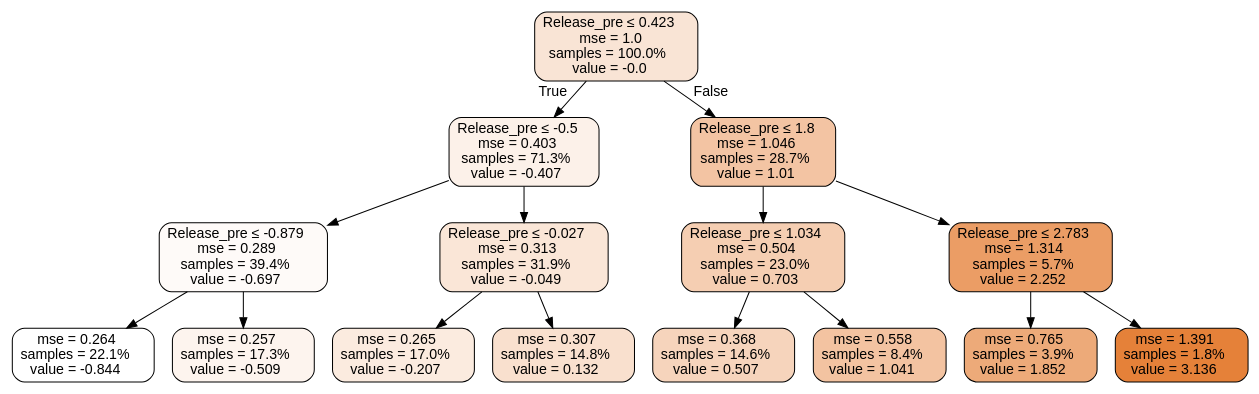
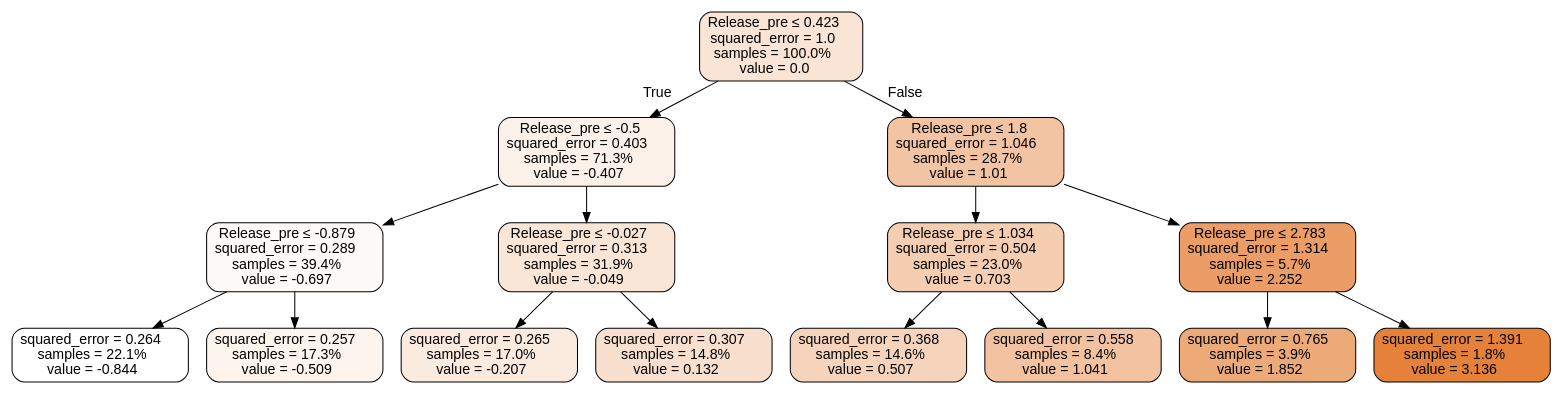
Before and after one commit to lcford2/predict-release: the diagram in results/synthesis/treed_model/upstream_basic_td3_roll7_simple_tree/tree.dot, drawn with Graphviz. The commit also changed 15 other files, not shown here.

```diff
--- a/results/synthesis/treed_model/upstream_basic_td3_roll7_simple_tree/tree.dot
+++ b/results/synthesis/treed_model/upstream_basic_td3_roll7_simple_tree/tree.dot
@@ -1,33 +1,33 @@
 digraph Tree {
-node [shape=box, style="filled, rounded", color="black", fontname=helvetica] ;
-edge [fontname=helvetica] ;
-0 [label=<Release_pre &le; 0.423<br/>mse = 1.0<br/>samples = 100.0%<br/>value = -0.0>, fillcolor="#f9e4d5"] ;
-1 [label=<Release_pre &le; -0.5<br/>mse = 0.403<br/>samples = 71.3%<br/>value = -0.407>, fillcolor="#fcf1e9"] ;
+node [shape=box, style="filled, rounded", color="black", fontname="helvetica"] ;
+edge [fontname="helvetica"] ;
+0 [label=<Release_pre &le; 0.423<br/>squared_error = 1.0<br/>samples = 100.0%<br/>value = 0.0>, fillcolor="#f9e4d5"] ;
+1 [label=<Release_pre &le; -0.5<br/>squared_error = 0.403<br/>samples = 71.3%<br/>value = -0.407>, fillcolor="#fcf1e9"] ;
 0 -> 1 [labeldistance=2.5, labelangle=45, headlabel="True"] ;
-2 [label=<Release_pre &le; -0.879<br/>mse = 0.289<br/>samples = 39.4%<br/>value = -0.697>, fillcolor="#fefaf8"] ;
+2 [label=<Release_pre &le; -0.879<br/>squared_error = 0.289<br/>samples = 39.4%<br/>value = -0.697>, fillcolor="#fefaf8"] ;
 1 -> 2 ;
-3 [label=<mse = 0.264<br/>samples = 22.1%<br/>value = -0.844>, fillcolor="#ffffff"] ;
+3 [label=<squared_error = 0.264<br/>samples = 22.1%<br/>value = -0.844>, fillcolor="#ffffff"] ;
 2 -> 3 ;
-4 [label=<mse = 0.257<br/>samples = 17.3%<br/>value = -0.509>, fillcolor="#fdf4ee"] ;
+4 [label=<squared_error = 0.257<br/>samples = 17.3%<br/>value = -0.509>, fillcolor="#fdf4ee"] ;
 2 -> 4 ;
-5 [label=<Release_pre &le; -0.027<br/>mse = 0.313<br/>samples = 31.9%<br/>value = -0.049>, fillcolor="#fae6d7"] ;
+5 [label=<Release_pre &le; -0.027<br/>squared_error = 0.313<br/>samples = 31.9%<br/>value = -0.049>, fillcolor="#fae6d7"] ;
 1 -> 5 ;
-6 [label=<mse = 0.265<br/>samples = 17.0%<br/>value = -0.207>, fillcolor="#fbebdf"] ;
+6 [label=<squared_error = 0.265<br/>samples = 17.0%<br/>value = -0.207>, fillcolor="#fbebdf"] ;
 5 -> 6 ;
-7 [label=<mse = 0.307<br/>samples = 14.8%<br/>value = 0.132>, fillcolor="#f9e0ce"] ;
+7 [label=<squared_error = 0.307<br/>samples = 14.8%<br/>value = 0.132>, fillcolor="#f9e0ce"] ;
 5 -> 7 ;
-8 [label=<Release_pre &le; 1.8<br/>mse = 1.046<br/>samples = 28.7%<br/>value = 1.01>, fillcolor="#f3c4a3"] ;
+8 [label=<Release_pre &le; 1.8<br/>squared_error = 1.046<br/>samples = 28.7%<br/>value = 1.01>, fillcolor="#f3c4a3"] ;
 0 -> 8 [labeldistance=2.5, labelangle=-45, headlabel="False"] ;
-9 [label=<Release_pre &le; 1.034<br/>mse = 0.504<br/>samples = 23.0%<br/>value = 0.703>, fillcolor="#f5ceb2"] ;
+9 [label=<Release_pre &le; 1.034<br/>squared_error = 0.504<br/>samples = 23.0%<br/>value = 0.703>, fillcolor="#f5ceb2"] ;
 8 -> 9 ;
-10 [label=<mse = 0.368<br/>samples = 14.6%<br/>value = 0.507>, fillcolor="#f6d4bc"] ;
+10 [label=<squared_error = 0.368<br/>samples = 14.6%<br/>value = 0.507>, fillcolor="#f6d4bc"] ;
 9 -> 10 ;
-11 [label=<mse = 0.558<br/>samples = 8.4%<br/>value = 1.041>, fillcolor="#f3c3a1"] ;
+11 [label=<squared_error = 0.558<br/>samples = 8.4%<br/>value = 1.041>, fillcolor="#f3c3a1"] ;
 9 -> 11 ;
-12 [label=<Release_pre &le; 2.783<br/>mse = 1.314<br/>samples = 5.7%<br/>value = 2.252>, fillcolor="#eb9d65"] ;
+12 [label=<Release_pre &le; 2.783<br/>squared_error = 1.314<br/>samples = 5.7%<br/>value = 2.252>, fillcolor="#eb9d65"] ;
 8 -> 12 ;
-13 [label=<mse = 0.765<br/>samples = 3.9%<br/>value = 1.852>, fillcolor="#edaa79"] ;
+13 [label=<squared_error = 0.765<br/>samples = 3.9%<br/>value = 1.852>, fillcolor="#edaa79"] ;
 12 -> 13 ;
-14 [label=<mse = 1.391<br/>samples = 1.8%<br/>value = 3.136>, fillcolor="#e58139"] ;
+14 [label=<squared_error = 1.391<br/>samples = 1.8%<br/>value = 3.136>, fillcolor="#e58139"] ;
 12 -> 14 ;
 }
```
